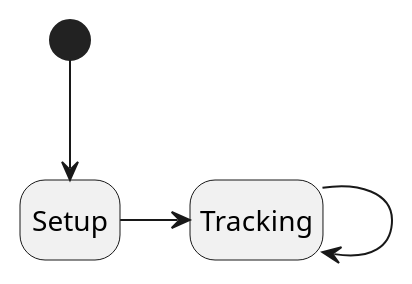
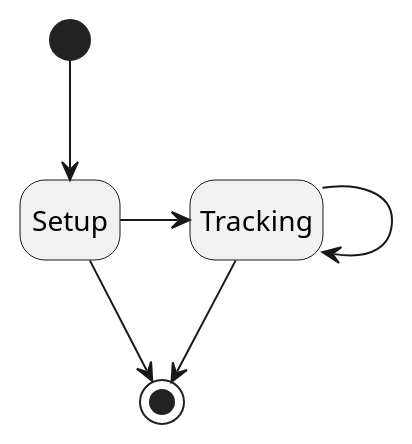
Before and after one commit to NewTec-GmbH/SpaceShipRadar: the diagram in doc/uml/state.puml, drawn with PlantUML.

Commit message:
added an end to the state diagram

```diff
--- a/doc/uml/state.puml
+++ b/doc/uml/state.puml
@@ -1,11 +1,13 @@
 @startuml state
 hide empty description
 
 state Setup
 state Tracking
 
 [*] --> Setup
 Setup -> Tracking
+Setup --> [*]
 Tracking -> Tracking
+Tracking --> [*]
 
 @enduml
```
